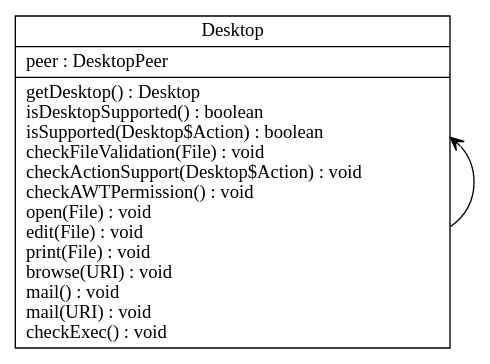
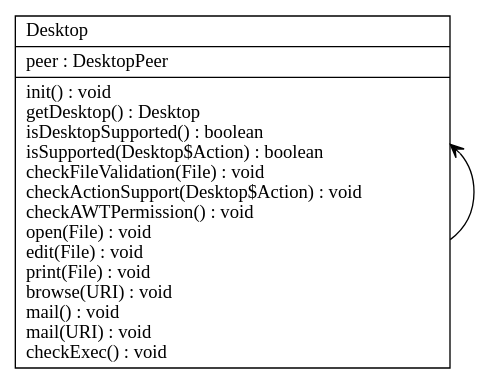
Before and after one commit to chinchalupa/CSSE374-Project: the diagram in input_output/desktop.dot, drawn with Graphviz. The commit also changed 68 other files, not shown here.

```diff
--- a/input_output/desktop.dot
+++ b/input_output/desktop.dot
@@ -1,11 +1,11 @@
 digraph G {
 
 fontname = "Bitstream Vera Sans"
 fontsize = 8
 rankdir=BT
 
-node [shape = "record" outlineColor = "#000000"]
-ClassTDesktop [label = "{Desktop|peer : DesktopPeer\l|getDesktop() : Desktop\lisDesktopSupported() : boolean\lisSupported(Desktop$Action) : boolean\lcheckFileValidation(File) : void\lcheckActionSupport(Desktop$Action) : void\lcheckAWTPermission() : void\lopen(File) : void\ledit(File) : void\lprint(File) : void\lbrowse(URI) : void\lmail() : void\lmail(URI) : void\lcheckExec() : void\l}"]
-edge [arrowhead = "vee" style = "solid" ]
+node [shape = "record" color = "#000000" fillcolor = "#000000" style=""]
+ClassTDesktop [label = "{Desktop\l|peer : DesktopPeer\l|init() : void\lgetDesktop() : Desktop\lisDesktopSupported() : boolean\lisSupported(Desktop$Action) : boolean\lcheckFileValidation(File) : void\lcheckActionSupport(Desktop$Action) : void\lcheckAWTPermission() : void\lopen(File) : void\ledit(File) : void\lprint(File) : void\lbrowse(URI) : void\lmail() : void\lmail(URI) : void\lcheckExec() : void\l}"]
+edge [arrowhead = "vee" style = "solid" label = ""]
 ClassTDesktop -> ClassTDesktop
 }
```
